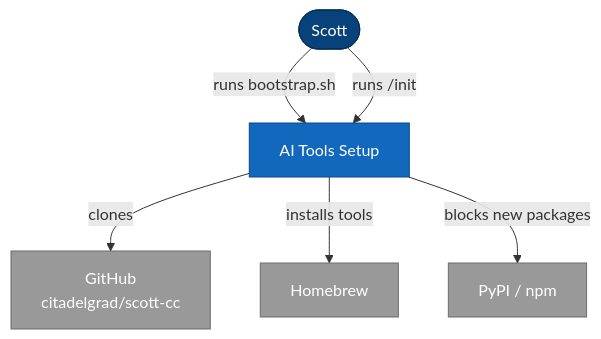
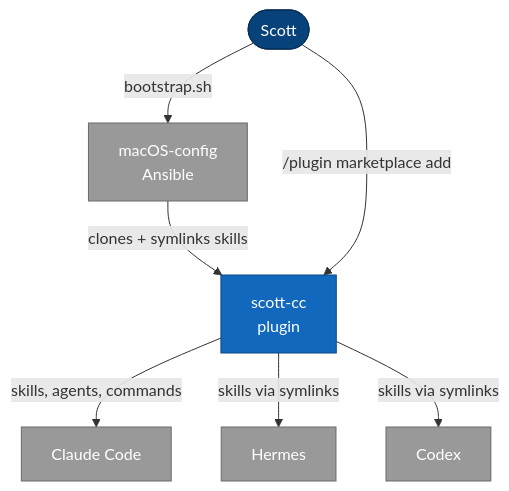
Before and after one commit to citadelgrad/scott-cc: the first of 2 diagrams in docs/setup-architecture.md, drawn with Mermaid. The commit also changed other lines of this file and 3 other files, not shown here.

````diff
--- a/docs/setup-architecture.md
+++ b/docs/setup-architecture.md
@@ -9,18 +15,20 @@
 ```mermaid
 flowchart TB
     classDef person fill:#08427b,color:#fff,stroke:#052e56
     classDef system fill:#1168bd,color:#fff,stroke:#0b4884
     classDef external fill:#999,color:#fff,stroke:#6b6b6b
 
     scott([Scott]):::person
-    setup[AI Tools Setup]:::system
-    github[GitHub\ncitadelgrad/scott-cc]:::external
-    brew[Homebrew]:::external
-    pypi[PyPI / npm]:::external
+    ansible[macOS-config\nAnsible]:::external
+    plugin[scott-cc\nplugin]:::system
+    cc[Claude Code]:::external
+    hermes[Hermes]:::external
+    codex[Codex]:::external
 
-    scott -->|runs bootstrap.sh| setup
-    scott -->|runs /init| setup
-    setup -->|clones| github
-    setup -->|installs tools| brew
-    setup -->|blocks new packages| pypi
+    scott -->|bootstrap.sh| ansible
+    ansible -->|clones + symlinks skills| plugin
+    scott -->|/plugin marketplace add| plugin
+    plugin -->|skills, agents, commands| cc
+    plugin -->|skills via symlinks| hermes
+    plugin -->|skills via symlinks| codex
 ```
````
